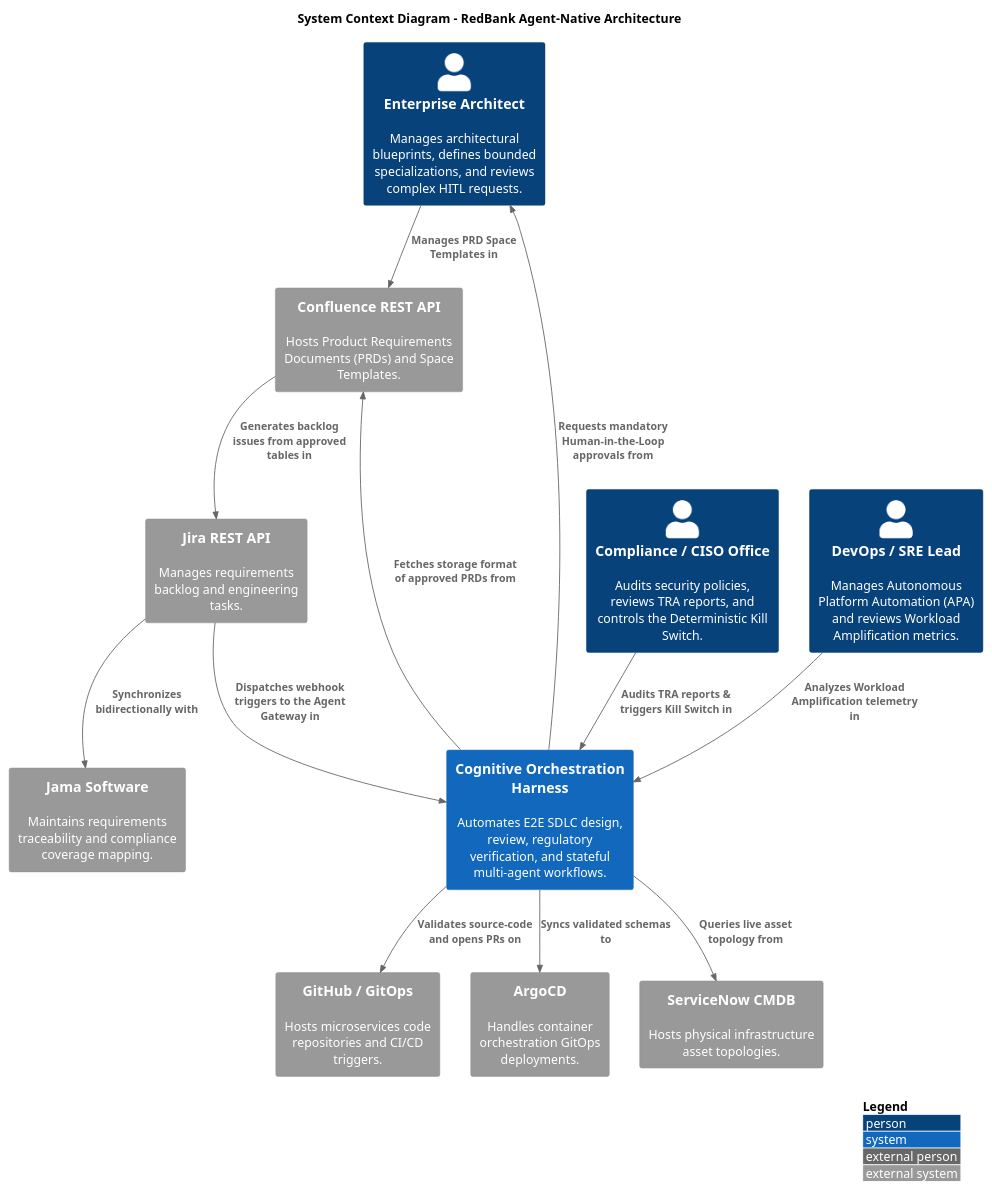
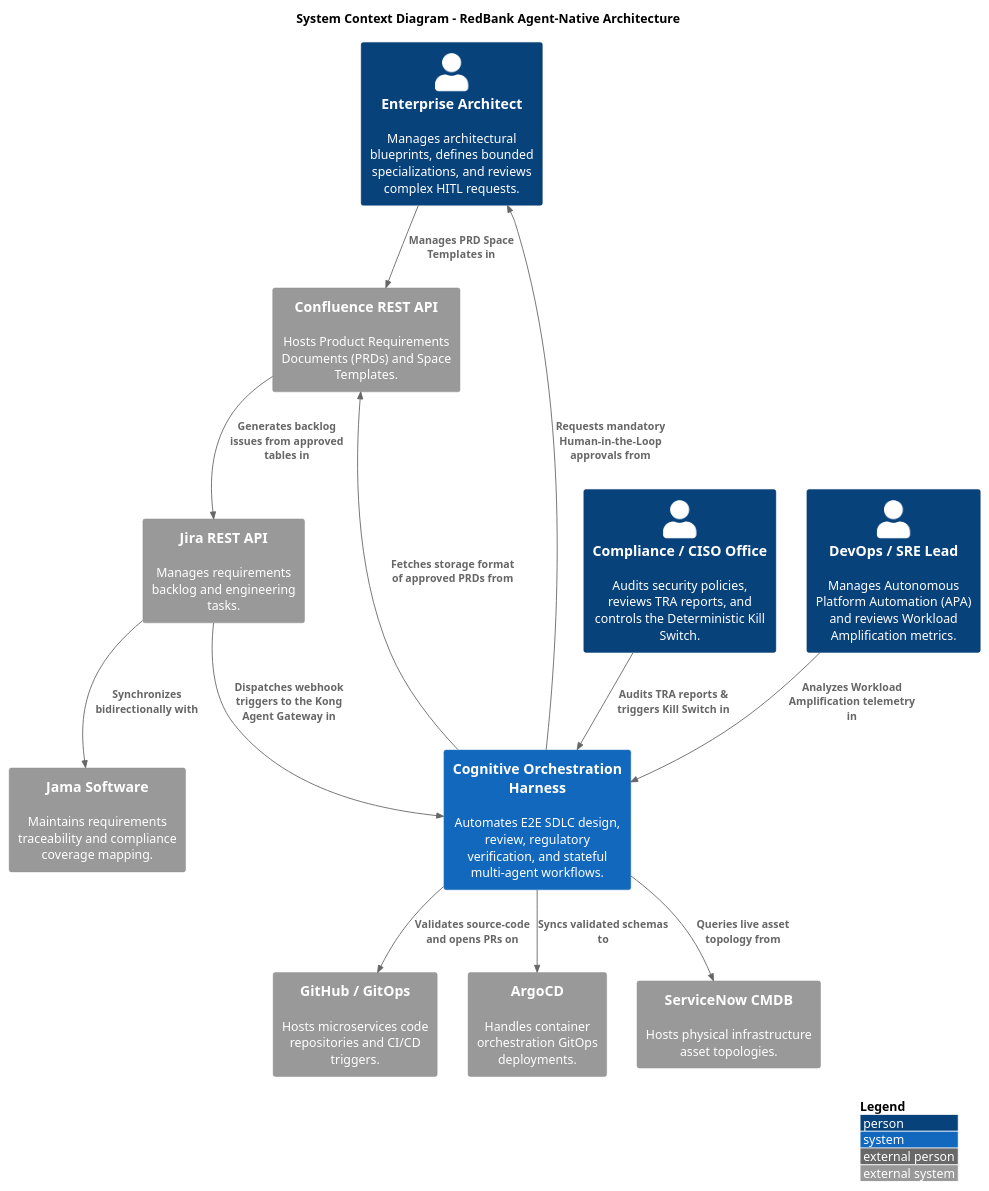
The diagram in redbank-core/c4_context_v2.puml (COPUR/X_Bank-Agentive-Architecture-Framework), drawn with PlantUML before and after one commit. The commit also changed 6 other files, not shown here.

Commit message:
refactor: adopt Kong API Gateway as the standard gateway

```diff
--- a/redbank-core/c4_context_v2.puml
+++ b/redbank-core/c4_context_v2.puml
@@ -1,32 +1,32 @@
 @startuml c4_context
 !include https://raw.githubusercontent.com/plantuml-stdlib/C4-PlantUML/master/C4_Context.puml
 
 LAYOUT_WITH_LEGEND()
 
 title System Context Diagram - RedBank Agent-Native Architecture
 
 Person(architect, "Enterprise Architect", "Manages architectural blueprints, defines bounded specializations, and reviews complex HITL requests.")
 Person(ciso, "Compliance / CISO Office", "Audits security policies, reviews TRA reports, and controls the Deterministic Kill Switch.")
 Person(sre, "DevOps / SRE Lead", "Manages Autonomous Platform Automation (APA) and reviews Workload Amplification metrics.")
 
 System(harness, "Cognitive Orchestration Harness", "Automates E2E SDLC design, review, regulatory verification, and stateful multi-agent workflows.")
 
 System_Ext(jira, "Jira REST API", "Manages requirements backlog and engineering tasks.")
 System_Ext(confluence, "Confluence REST API", "Hosts Product Requirements Documents (PRDs) and Space Templates.")
 System_Ext(jama, "Jama Software", "Maintains requirements traceability and compliance coverage mapping.")
 System_Ext(github, "GitHub / GitOps", "Hosts microservices code repositories and CI/CD triggers.")
 System_Ext(argocd, "ArgoCD", "Handles container orchestration GitOps deployments.")
 System_Ext(servicenow, "ServiceNow CMDB", "Hosts physical infrastructure asset topologies.")
 
 Rel(architect, confluence, "Manages PRD Space Templates in")
 Rel(confluence, jira, "Generates backlog issues from approved tables in")
 Rel(jira, jama, "Synchronizes bidirectionally with")
-Rel(jira, harness, "Dispatches webhook triggers to the Agent Gateway in")
+Rel(jira, harness, "Dispatches webhook triggers to the Kong Agent Gateway in")
 Rel(harness, confluence, "Fetches storage format of approved PRDs from")
 Rel(harness, servicenow, "Queries live asset topology from")
 Rel(harness, github, "Validates source-code and opens PRs on")
 Rel(harness, argocd, "Syncs validated schemas to")
 Rel(ciso, harness, "Audits TRA reports & triggers Kill Switch in")
 Rel(sre, harness, "Analyzes Workload Amplification telemetry in")
 Rel(harness, architect, "Requests mandatory Human-in-the-Loop approvals from")
 @enduml
```
